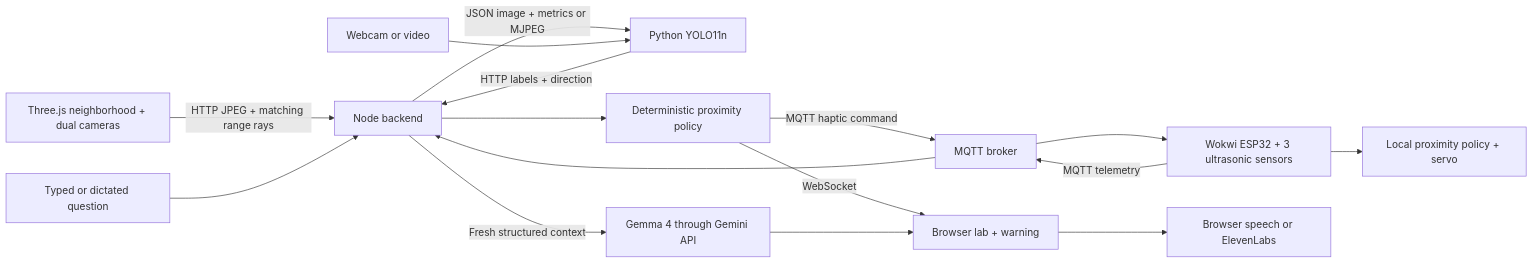
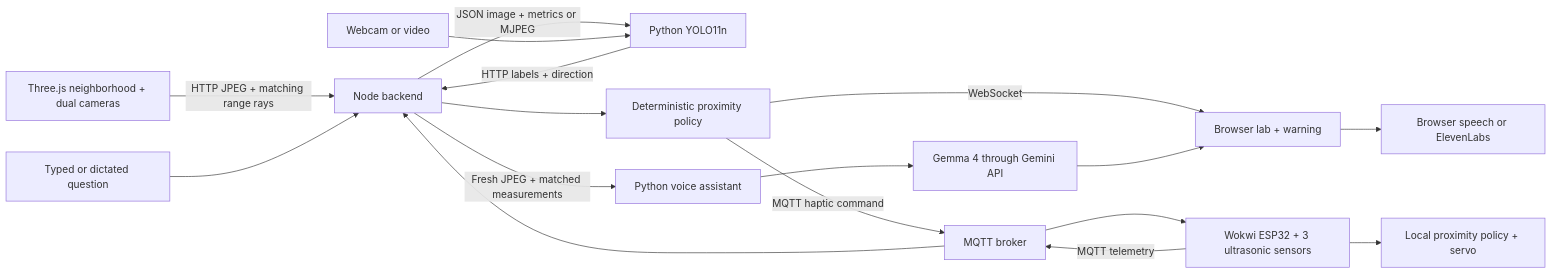
One commit to hyper-ayoub/Fatal-404 changed the diagram in docs/00-architecture.md. Above: the diagram before and after it, drawn with Mermaid. The commit also changed other lines of this file and 64 other files, not shown here.

Commit message:
feat: add backend and frontend services for openpilot-glasses spatial studio and voice assistant

````diff
--- a/docs/00-architecture.md
+++ b/docs/00-architecture.md
@@ -5,18 +5,19 @@
 ```mermaid
 flowchart LR
   SIM[Three.js neighborhood + dual cameras] -->|HTTP JPEG + matching range rays| API[Node backend]
   API -->|JSON image + metrics or MJPEG| YOLO
   ESP[Wokwi ESP32 + 3 ultrasonic sensors] -->|MQTT telemetry| BROKER[MQTT broker]
   BROKER --> API
   ESP --> LOCAL[Local proximity policy + servo]
   CAM[Webcam or video] --> YOLO[Python YOLO11n]
   YOLO -->|HTTP labels + direction| API
   API --> POLICY[Deterministic proximity policy]
   POLICY -->|WebSocket| UI[Browser lab + warning]
   POLICY -->|MQTT haptic command| BROKER
   BROKER --> ESP
   QUESTION[Typed or dictated question] --> API
-  API -->|Fresh structured context| GEMMA[Gemma 4 through Gemini API]
+  API -->|Fresh JPEG + matched measurements| PY[Python voice assistant]
+  PY --> GEMMA[Gemma 4 through Gemini API]
   GEMMA --> UI
   UI --> VOICE[Browser speech or ElevenLabs]
 ```
````
